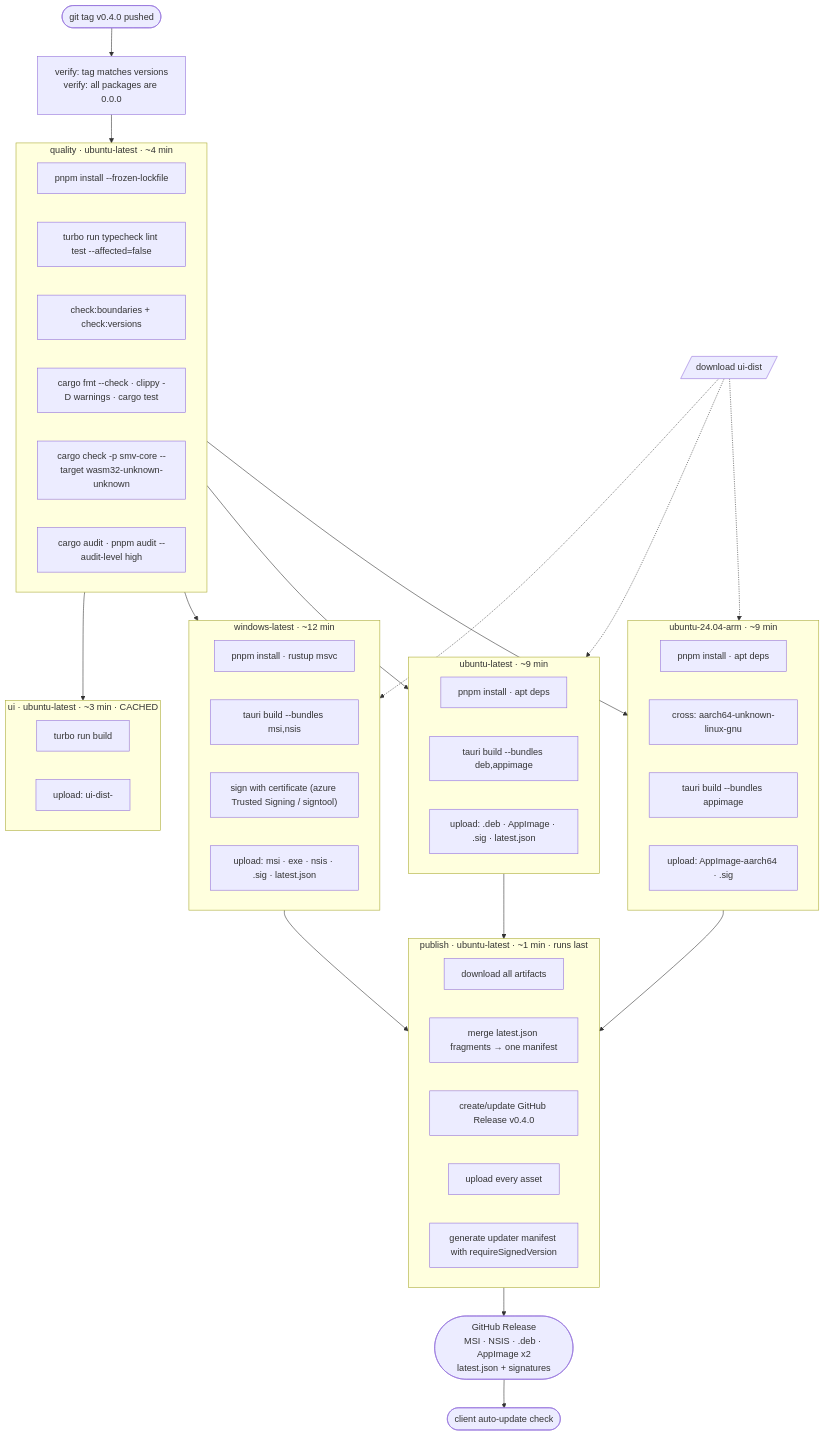
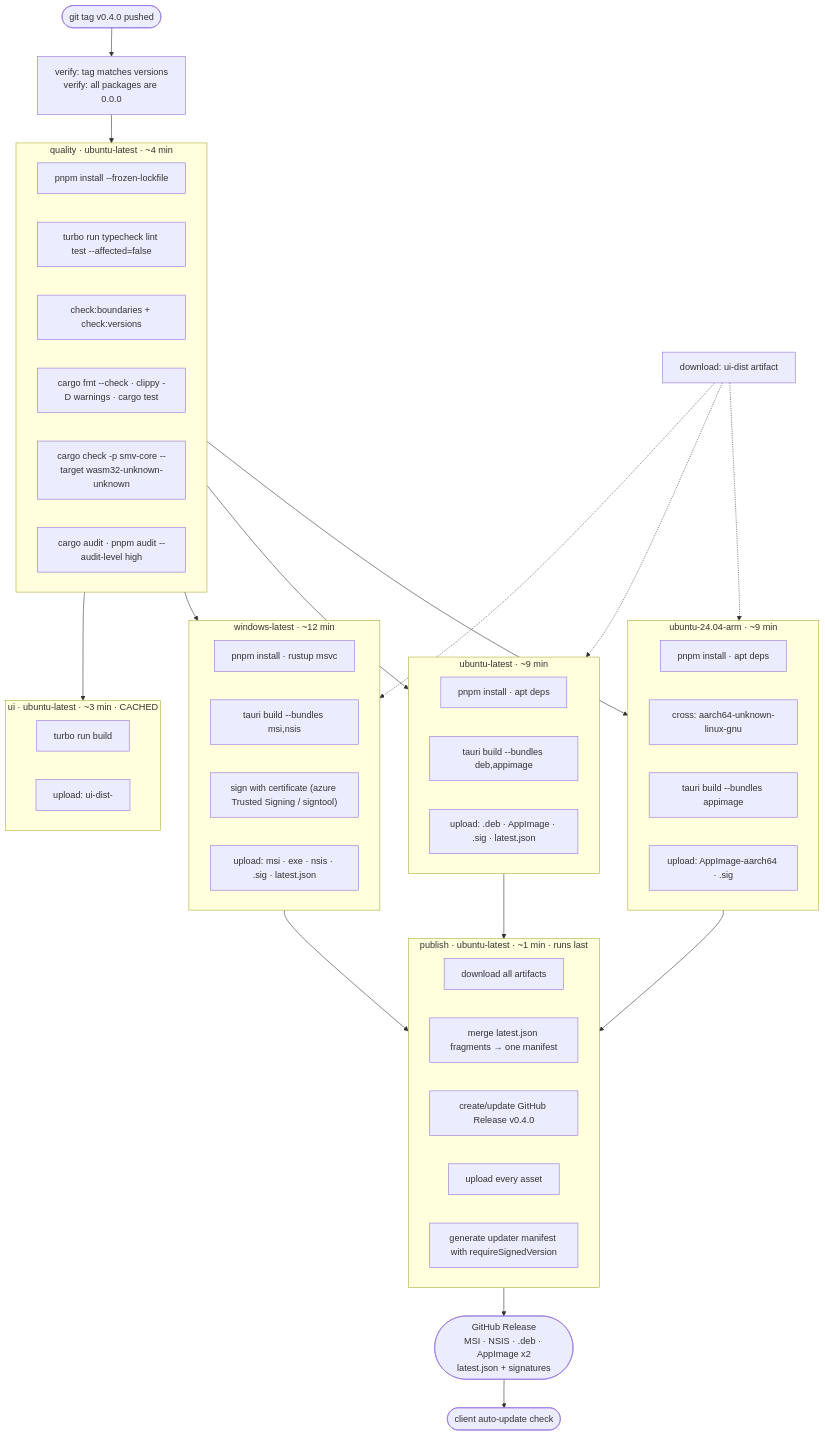
Before and after one commit to siyana-code/Siyana-Markdown-Viewer: the first of 2 diagrams in research/14-architecture-options/07-build-and-release-architecture.md, drawn with Mermaid. The commit also changed other lines of this file and 26 other files, not shown here.

````diff
--- a/research/14-architecture-options/07-build-and-release-architecture.md
+++ b/research/14-architecture-options/07-build-and-release-architecture.md
@@ -68,63 +68,63 @@
 ```mermaid
 graph TB
     TAG(["git tag v0.4.0 pushed"]) --> VERIFY["verify: tag matches versions<br/>verify: all packages are 0.0.0"]
     VERIFY --> QUALITY
 
     subgraph QUALITY["quality · ubuntu-latest · ~4 min"]
         Q1["pnpm install --frozen-lockfile"]
         Q2["turbo run typecheck lint test --affected=false"]
         Q3["check:boundaries + check:versions"]
         Q4["cargo fmt --check · clippy -D warnings · cargo test"]
         Q5["cargo check -p smv-core --target wasm32-unknown-unknown"]
         Q6["cargo audit · pnpm audit --audit-level high"]
     end
 
     QUALITY --> UI_BUILD
     QUALITY --> BUNDLE_W
     QUALITY --> BUNDLE_LX64
     QUALITY --> BUNDLE_LARM
 
     subgraph UI_BUILD["ui · ubuntu-latest · ~3 min · CACHED"]
         U1["turbo run build"]
         U2["upload: ui-dist-<sha>"]
     end
 
-    U_BUILD_DL[/download ui-dist/] -.-> BUNDLE_W
+    U_BUILD_DL["download: ui-dist artifact"] -.-> BUNDLE_W
     U_BUILD_DL -.-> BUNDLE_LX64
     U_BUILD_DL -.-> BUNDLE_LARM
 
     subgraph BUNDLE_W["windows-latest · ~12 min"]
         W1["pnpm install · rustup msvc"]
         W2["tauri build --bundles msi,nsis"]
         W3["sign with certificate (azure Trusted Signing / signtool)"]
         W4["upload: msi · exe · nsis · .sig · latest.json"]
     end
 
     subgraph BUNDLE_LX64["ubuntu-latest · ~9 min"]
         L1["pnpm install · apt deps"]
         L2["tauri build --bundles deb,appimage"]
         L3["upload: .deb · AppImage · .sig · latest.json"]
     end
 
     subgraph BUNDLE_LARM["ubuntu-24.04-arm · ~9 min"]
         A1["pnpm install · apt deps"]
         A2["cross: aarch64-unknown-linux-gnu"]
         A3["tauri build --bundles appimage"]
         A4["upload: AppImage-aarch64 · .sig"]
     end
 
     BUNDLE_W --> PUB
     BUNDLE_LX64 --> PUB
     BUNDLE_LARM --> PUB
 
     subgraph PUB["publish · ubuntu-latest · ~1 min · runs last"]
         P1["download all artifacts"]
         P2["merge latest.json fragments → one manifest"]
         P3["create/update GitHub Release v0.4.0"]
         P4["upload every asset"]
         P5["generate updater manifest with requireSignedVersion"]
     end
 
     PUB --> RELEASE(["GitHub Release<br/>MSI · NSIS · .deb · AppImage x2<br/>latest.json + signatures"])
     RELEASE --> UPD(["client auto-update check"])
 ```
````
